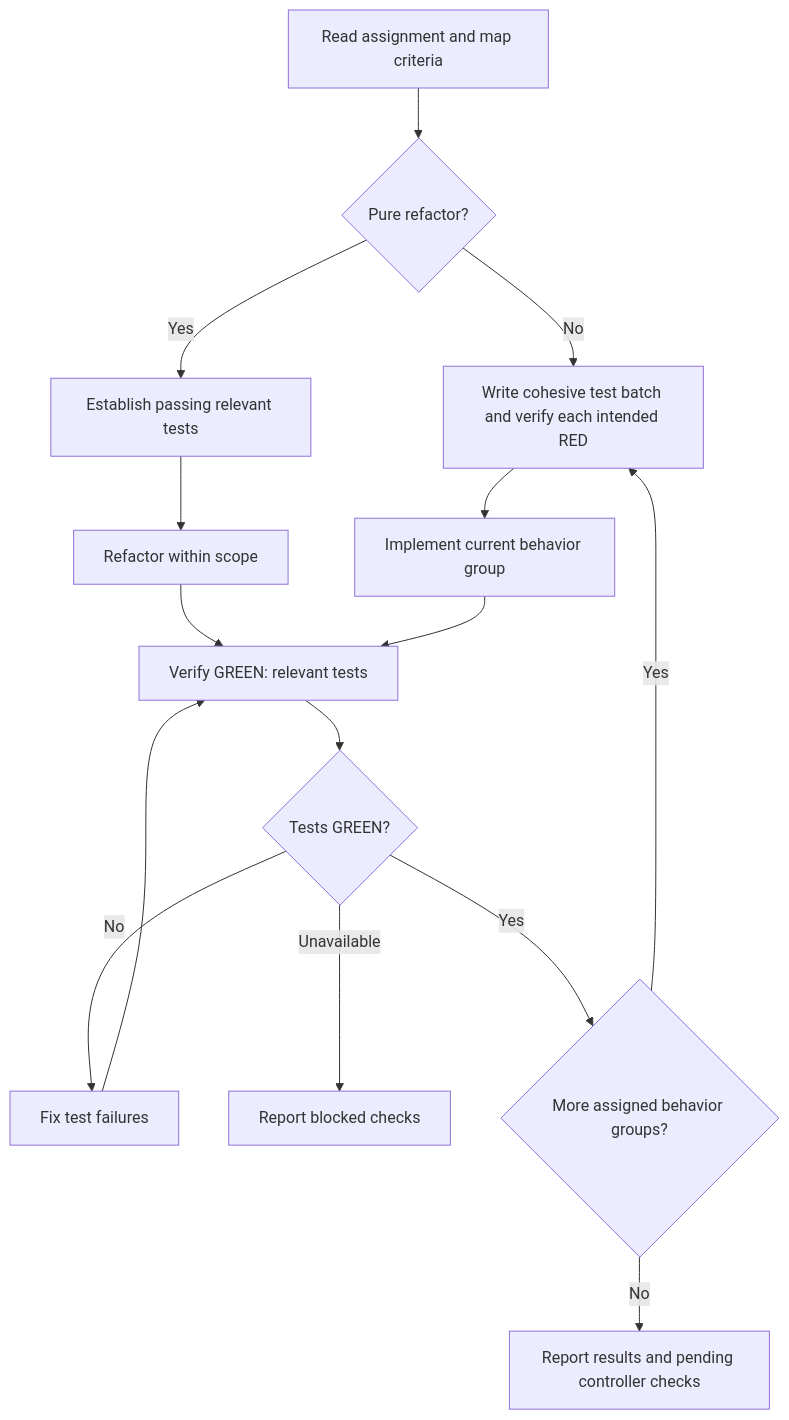
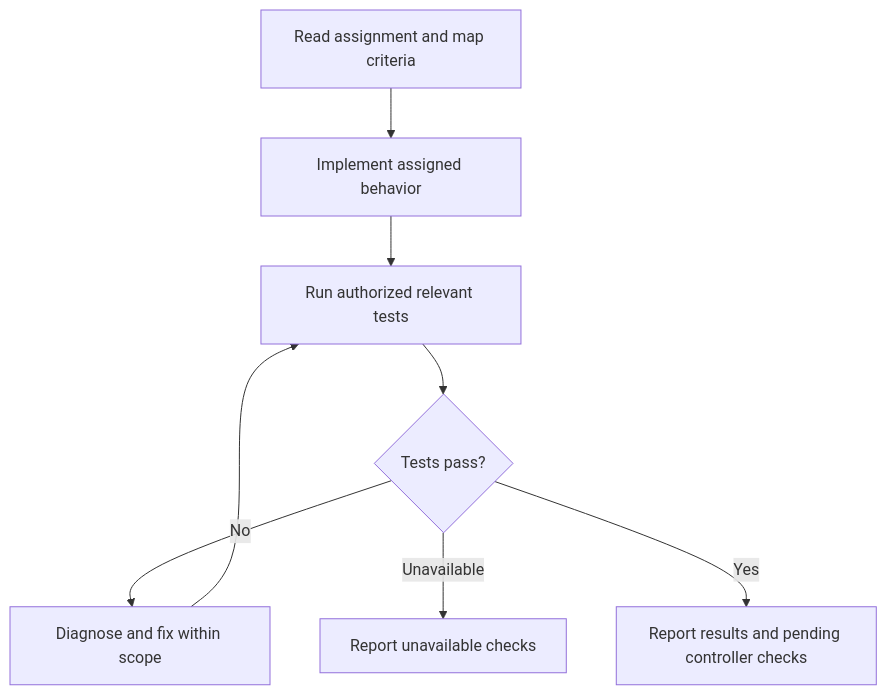
One commit to UseTheFork/spindle changed the diagram in src/Assets/Blueprints/agents/sdd-implementer.agent.md. Above: the diagram before and after it, drawn with Mermaid. The commit also changed other lines of this file and 16 other files, not shown here.

````diff
--- a/src/Assets/Blueprints/agents/sdd-implementer.agent.md
+++ b/src/Assets/Blueprints/agents/sdd-implementer.agent.md
@@ -55,17 +54,10 @@
 ```mermaid
 flowchart TD
-    A[Read assignment and map criteria] --> B{Pure refactor?}
-    B -- No --> C[Write cohesive test batch and verify each intended RED]
-    B -- Yes --> D[Establish passing relevant tests]
-    C --> E[Implement current behavior group]
-    D --> P[Refactor within scope]
-    P --> F
-    E --> F[Verify GREEN: relevant tests]
-    F --> G{Tests GREEN?}
-    G -- No --> H[Fix test failures]
-    H --> F
-    G -- Unavailable --> R[Report blocked checks]
-    G -- Yes --> I{More assigned behavior groups?}
-    I -- Yes --> C
-    I -- No --> O[Report results and pending controller checks]
+    A[Read assignment and map criteria] --> B[Implement assigned behavior]
+    B --> C[Run authorized relevant tests]
+    C --> D{Tests pass?}
+    D -- No --> E[Diagnose and fix within scope]
+    E --> C
+    D -- Unavailable --> F[Report unavailable checks]
+    D -- Yes --> G[Report results and pending controller checks]
 ```
````
